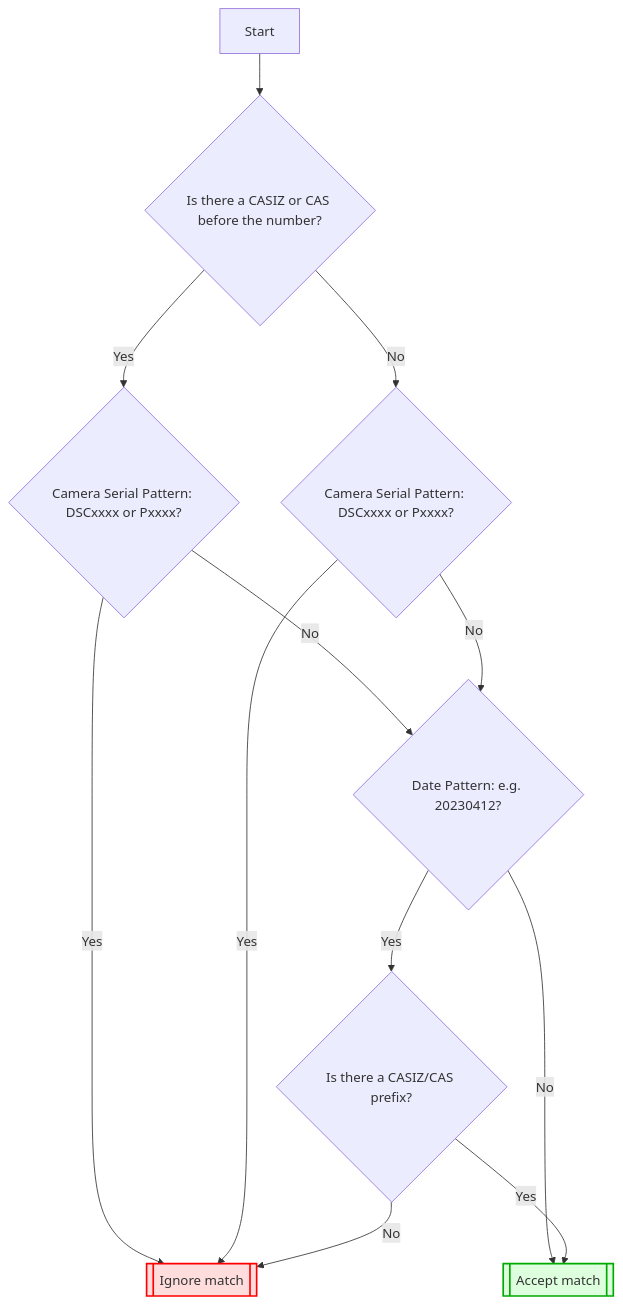
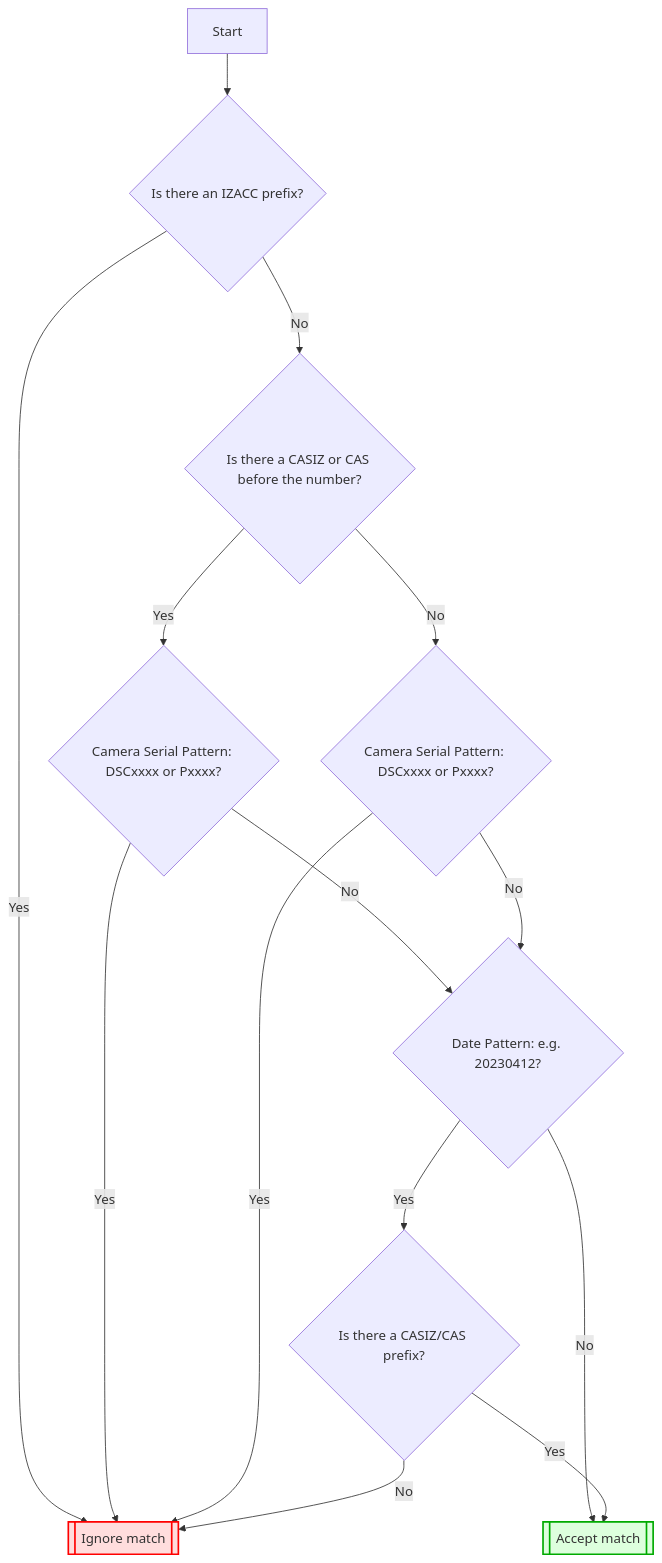
One commit to calacademy-research/web-asset-importer changed the diagram in docs/iz_importer_casiz.md. Above: the diagram before and after it, drawn with Mermaid. The commit also changed other lines of this file, not shown here.

Commit message:
adding izacc logic to graph in doc

````diff
--- a/docs/iz_importer_casiz.md
+++ b/docs/iz_importer_casiz.md
@@ -109,22 +109,26 @@
 ```mermaid
 flowchart TD
-    A[Start] --> B{Is there a CASIZ or CAS before the number?}
-    B -- Yes --> C{Camera Serial Pattern: DSCxxxx or Pxxxx?}
-    B -- No --> F{Camera Serial Pattern: DSCxxxx or Pxxxx?}
+    A[Start] --> B{Is there an IZACC prefix?}
+    B -- Yes --> D[[Ignore match]]
+    B -- No --> C{Is there a CASIZ or CAS before the number?}
     
-    C -- Yes --> D[[Ignore match]]
-    C -- No --> E{Date Pattern: e.g. 20230412?}
+    C -- Yes --> E{Camera Serial Pattern: DSCxxxx or Pxxxx?}
+    C -- No --> F{Camera Serial Pattern: DSCxxxx or Pxxxx?}
+    
+    E -- Yes --> D
+    E -- No --> G{Date Pattern: e.g. 20230412?}
 
     F -- Yes --> D
-    F -- No --> E
+    F -- No --> G
 
-    E -- No --> G[[Accept match]]
-    E -- Yes --> H{Is there a CASIZ/CAS prefix?}
+    G -- No --> H[[Accept match]]
+    G -- Yes --> I{Is there a CASIZ/CAS prefix?}
 
-    H -- Yes --> G
-    H -- No --> D
+    I -- Yes --> H
+    I -- No --> D
 
     style D fill:#ffdddd,stroke:#ff0000,stroke-width:2px
-    style G fill:#ddffdd,stroke:#00aa00,stroke-width:2px
+    style H fill:#ddffdd,stroke:#00aa00,stroke-width:2px
+
 
 ```
````
